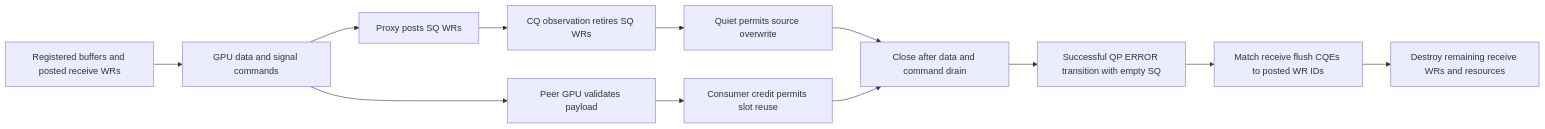
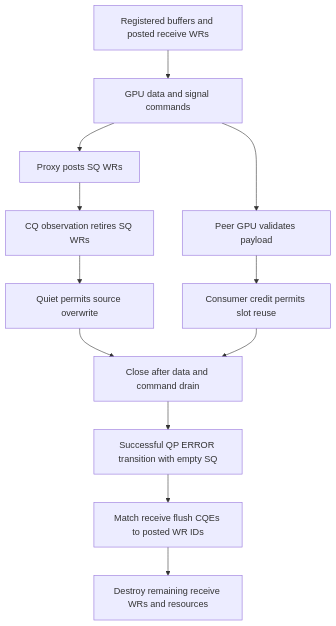
One commit to 0z5a/uccl changed the diagram in experimental/uccl_gin/VALIDATION_TRANSPORT_G2.md. Above: the diagram before and after it, drawn with Mermaid. The commit also changed other lines of this file, not shown here.

````diff
--- a/experimental/uccl_gin/VALIDATION_TRANSPORT_G2.md
+++ b/experimental/uccl_gin/VALIDATION_TRANSPORT_G2.md
@@ -52,14 +52,14 @@
 ```mermaid
-flowchart LR
+flowchart TD
   A[Registered buffers and posted receive WRs] --> W[GPU data and signal commands]
   W --> S[Proxy posts SQ WRs]
   S --> C[CQ observation retires SQ WRs]
   C --> Q[Quiet permits source overwrite]
   W --> V[Peer GPU validates payload]
   V --> K[Consumer credit permits slot reuse]
   Q --> X[Close after data and command drain]
   K --> X
   X --> E[Successful QP ERROR transition with empty SQ]
   E --> F[Match receive flush CQEs to posted WR IDs]
   F --> D[Destroy remaining receive WRs and resources]
 ```
````
